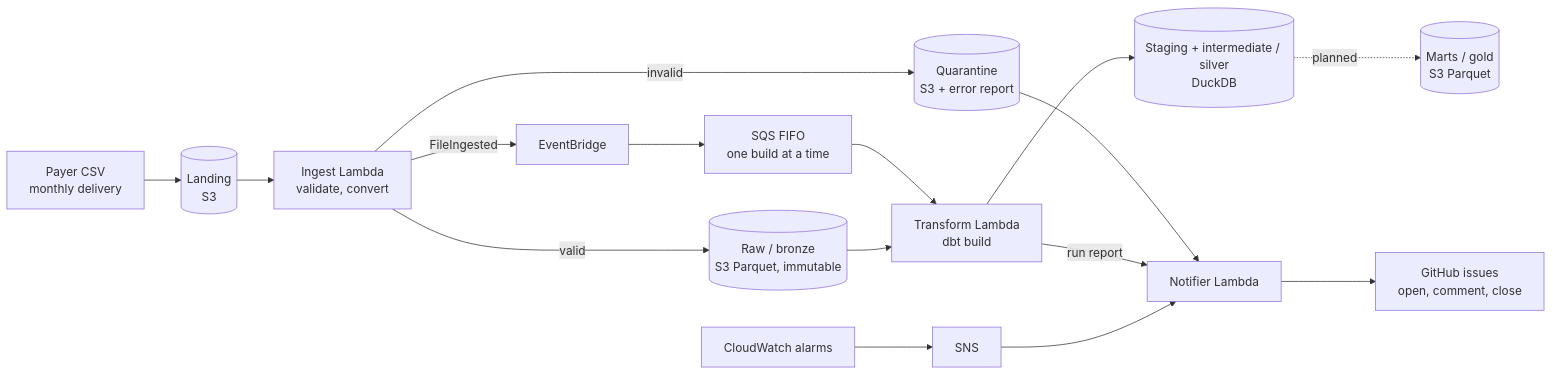
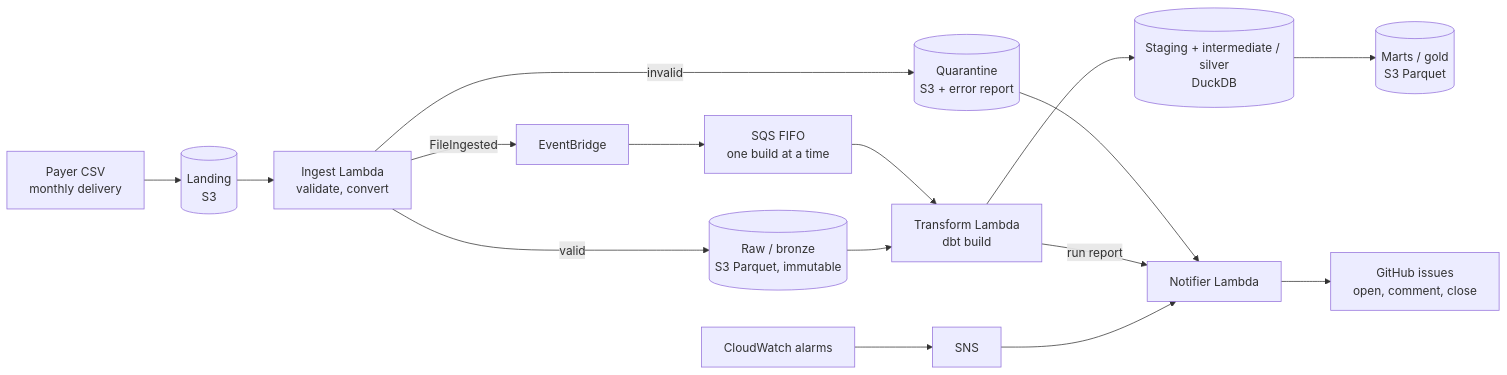
Before and after one commit to fredr171/claims-lakehouse-dbt-duckdb: the diagram in README.md, drawn with Mermaid. The commit also changed other lines of this file and 30 other files, not shown here.

````diff
--- a/README.md
+++ b/README.md
@@ -18,18 +19,18 @@
 ```mermaid
 flowchart LR
     payer["Payer CSV<br/>monthly delivery"] --> landing[("Landing<br/>S3")]
     landing --> ingest["Ingest Lambda<br/>validate, convert"]
     ingest -->|valid| raw[("Raw / bronze<br/>S3 Parquet, immutable")]
     ingest -->|invalid| quarantine[("Quarantine<br/>S3 + error report")]
     ingest -->|FileIngested| eb["EventBridge"]
     eb --> sqs["SQS FIFO<br/>one build at a time"]
     sqs --> transform["Transform Lambda<br/>dbt build"]
     raw --> transform
     transform --> silver[("Staging + intermediate / silver<br/>DuckDB")]
-    silver -.->|planned| marts[("Marts / gold<br/>S3 Parquet")]
+    silver --> marts[("Marts / gold<br/>S3 Parquet")]
 
     quarantine --> notifier["Notifier Lambda"]
     transform -->|run report| notifier
     alarms["CloudWatch alarms"] --> sns["SNS"] --> notifier
     notifier --> issues["GitHub issues<br/>open, comment, close"]
 ```
````
